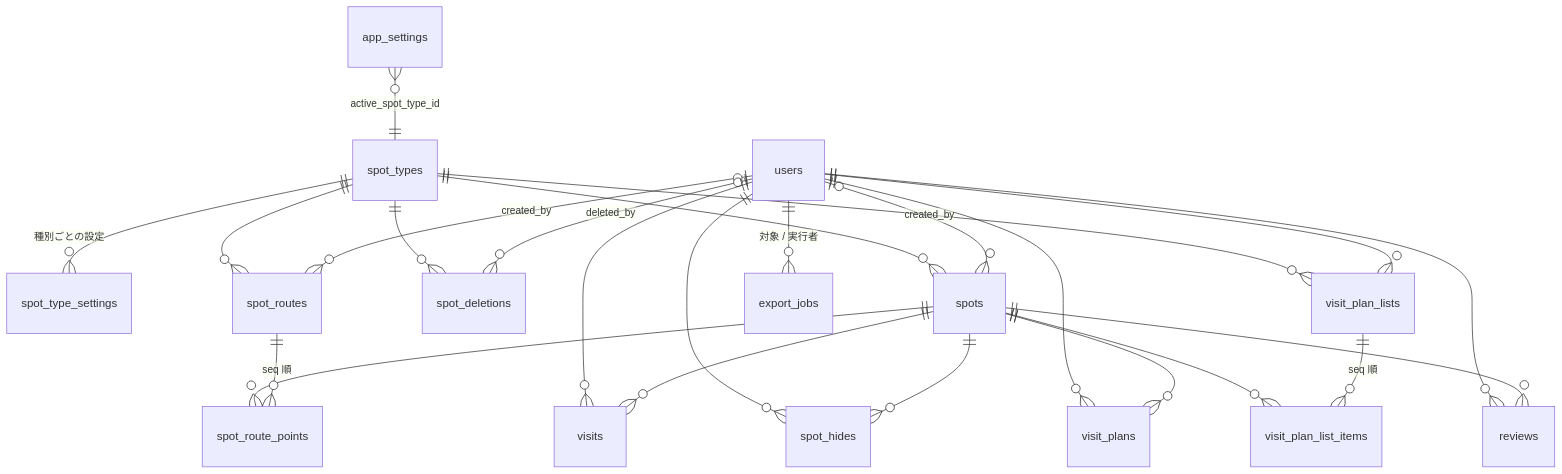
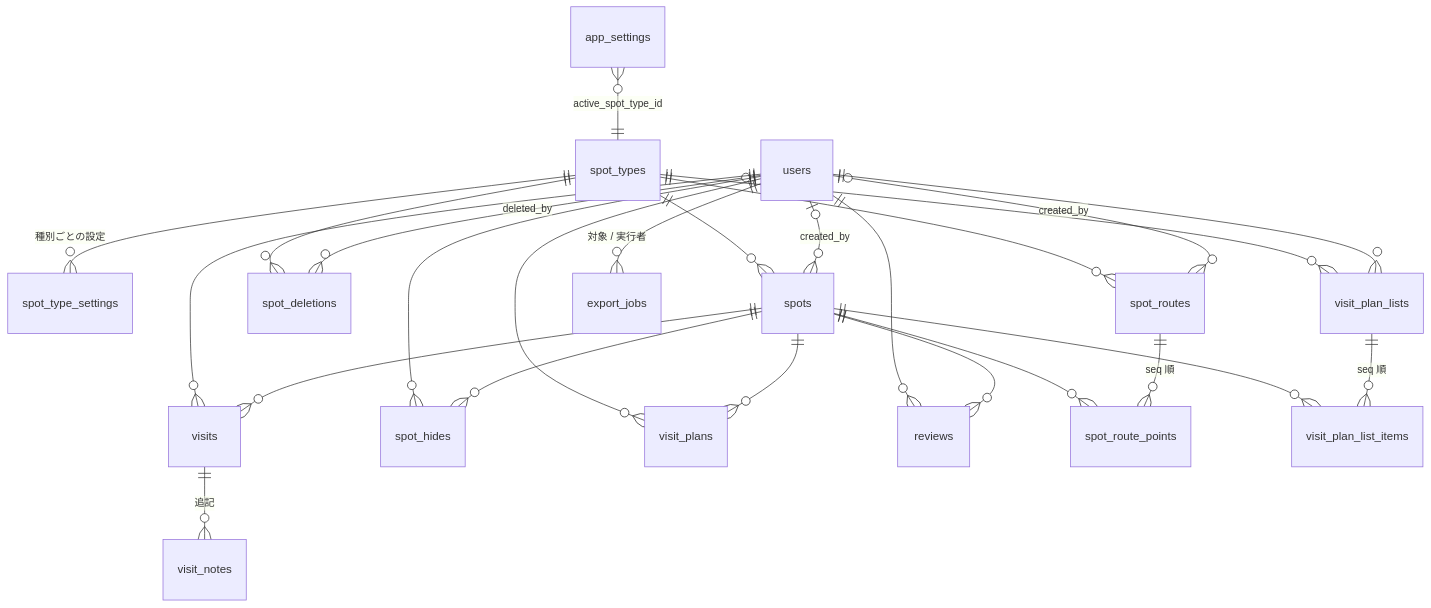
Before and after one commit to rtcode337/travel-log: the first of 5 diagrams in docs/database.md, drawn with Mermaid. The commit also changed other lines of this file and 22 other files, not shown here.

````diff
--- a/docs/database.md
+++ b/docs/database.md
@@ -19,29 +19,30 @@
 ```mermaid
 erDiagram
     spot_types ||--o{ spot_type_settings : "種別ごとの設定"
     spot_types ||--o{ spots : ""
     spot_types ||--o{ spot_deletions : ""
     spot_types ||--o{ spot_routes : ""
     spot_types ||--o{ visit_plan_lists : ""
     app_settings }o--|| spot_types : "active_spot_type_id"
 
     users |o--o{ spots : "created_by"
     users |o--o{ spot_routes : "created_by"
     users |o--o{ spot_deletions : "deleted_by"
     users ||--o{ visits : ""
     users ||--o{ spot_hides : ""
     users ||--o{ visit_plans : ""
     users ||--o{ visit_plan_lists : ""
     users ||--o{ export_jobs : "対象 / 実行者"
     users ||--o{ reviews : ""
 
     spots ||--o{ spot_route_points : ""
     spots ||--o{ visits : ""
     spots ||--o{ spot_hides : ""
     spots ||--o{ visit_plans : ""
     spots ||--o{ visit_plan_list_items : ""
     spots ||--o{ reviews : ""
+    visits ||--o{ visit_notes : "追記"
 
     spot_routes ||--o{ spot_route_points : "seq 順"
     visit_plan_lists ||--o{ visit_plan_list_items : "seq 順"
 ```
````
